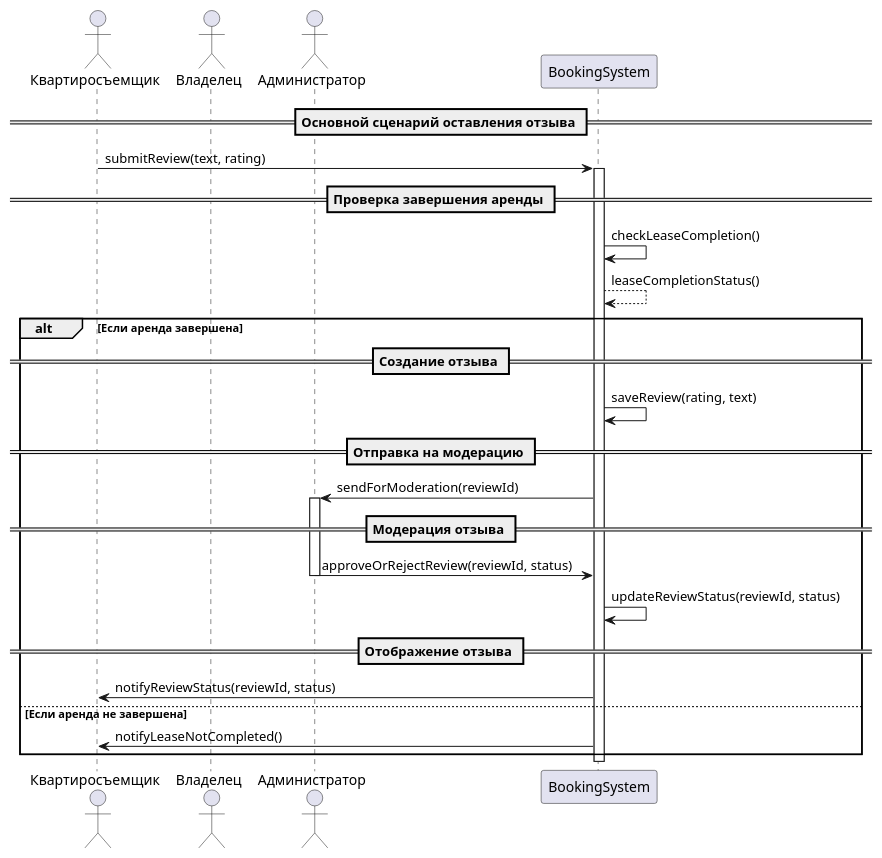
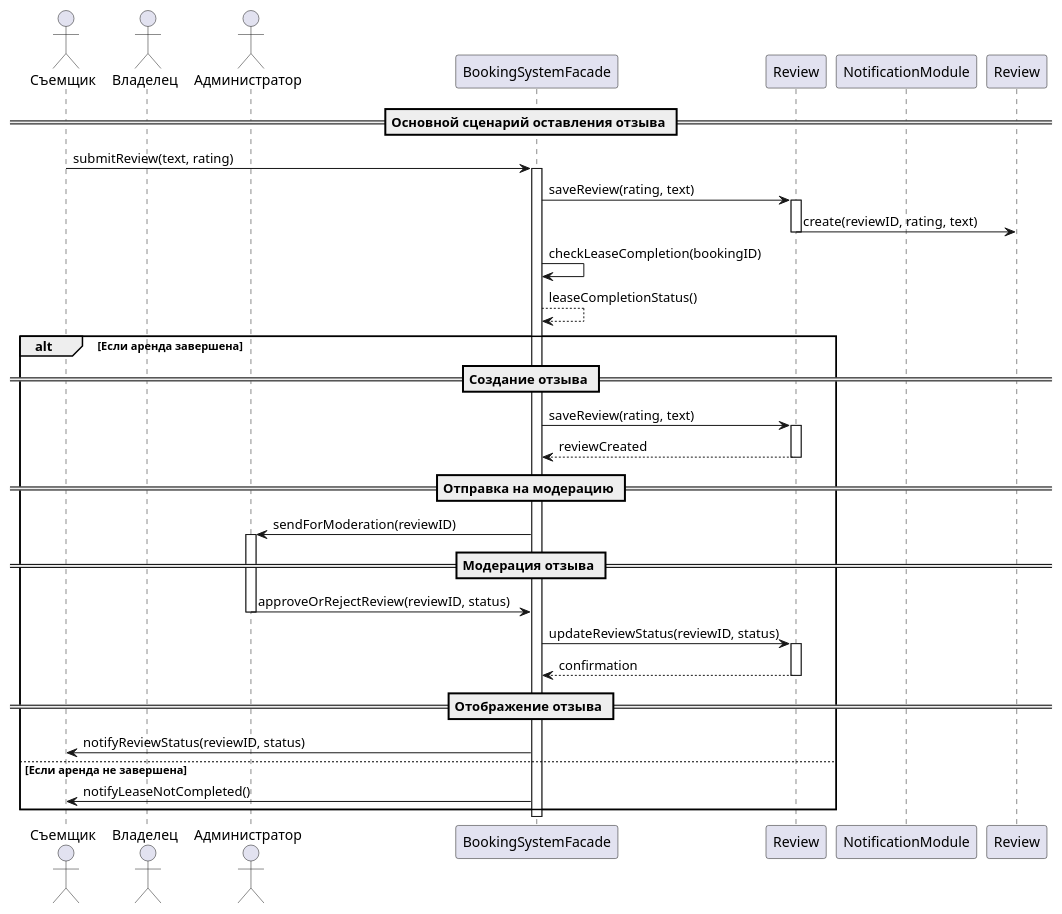
The diagram in precedents/Reviews/ReviewsSequenceDiagram.md (penamarth/bsbo-01-22_team4_var8), drawn with PlantUML before and after one commit. The commit also changed 3 other files, not shown here.

Commit message:
Fix precedent diagrams

````diff
--- a/precedents/Reviews/ReviewsSequenceDiagram.md
+++ b/precedents/Reviews/ReviewsSequenceDiagram.md
@@ -1,40 +1,54 @@
 ```plantuml
 @startuml
 
-actor "Квартиросъемщик" as Tenant
+actor "Съемщик" as Tenant
 actor "Владелец" as Owner
 actor "Администратор" as Administrator
-participant "BookingSystem" as System
+
+participant "BookingSystemFacade" as System
+participant "Review" as ReviewModule
+participant "NotificationModule" as Notification
 
 == Основной сценарий оставления отзыва ==
-Tenant -> System: submitReview(text, rating)
+
+Tenant -> System : submitReview(text, rating)
 activate System
 
-== Проверка завершения аренды ==
-System -> System: checkLeaseCompletion()
-System --> System: leaseCompletionStatus()
+System -> ReviewModule : saveReview(rating, text)
+activate ReviewModule
+ReviewModule -> Review : create(reviewID, rating, text)
+deactivate ReviewModule
+
+System -> System : checkLeaseCompletion(bookingID)
+System --> System : leaseCompletionStatus()
 
 alt Если аренда завершена
     == Создание отзыва ==
-    System -> System: saveReview(rating, text)
+    System -> ReviewModule : saveReview(rating, text)
+    activate ReviewModule
+    ReviewModule --> System : reviewCreated
+    deactivate ReviewModule
 
     == Отправка на модерацию ==
-    System -> Administrator: sendForModeration(reviewId)
+    System -> Administrator : sendForModeration(reviewID)
     activate Administrator
 
     == Модерация отзыва ==
-    Administrator -> System: approveOrRejectReview(reviewId, status)
+    Administrator -> System : approveOrRejectReview(reviewID, status)
     deactivate Administrator
 
-    System -> System: updateReviewStatus(reviewId, status)
+    System -> ReviewModule : updateReviewStatus(reviewID, status)
+    activate ReviewModule
+    ReviewModule --> System : confirmation
+    deactivate ReviewModule
 
     == Отображение отзыва ==
-    System -> Tenant: notifyReviewStatus(reviewId, status)
+    System -> Tenant : notifyReviewStatus(reviewID, status)
 else Если аренда не завершена
-    System -> Tenant: notifyLeaseNotCompleted()
+    System -> Tenant : notifyLeaseNotCompleted()
 end
 
 deactivate System
 
 @enduml
 ```
````
